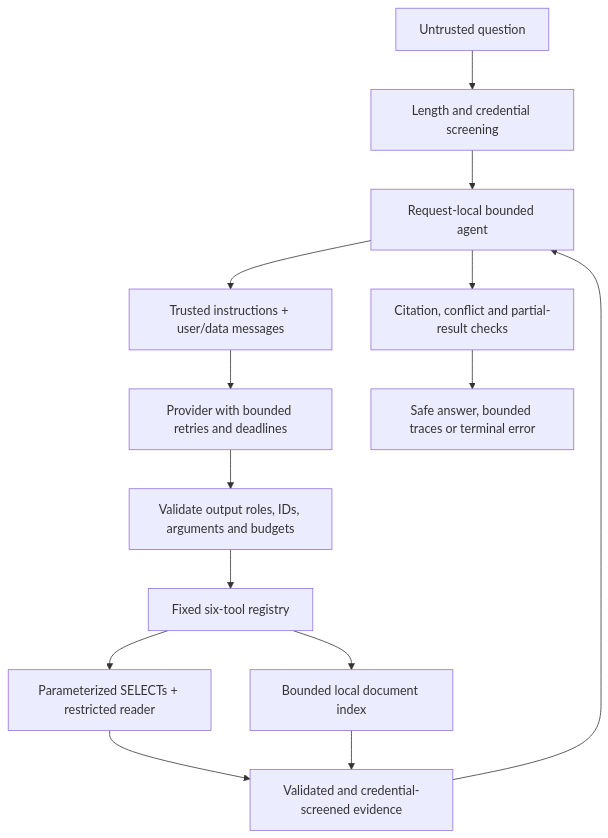
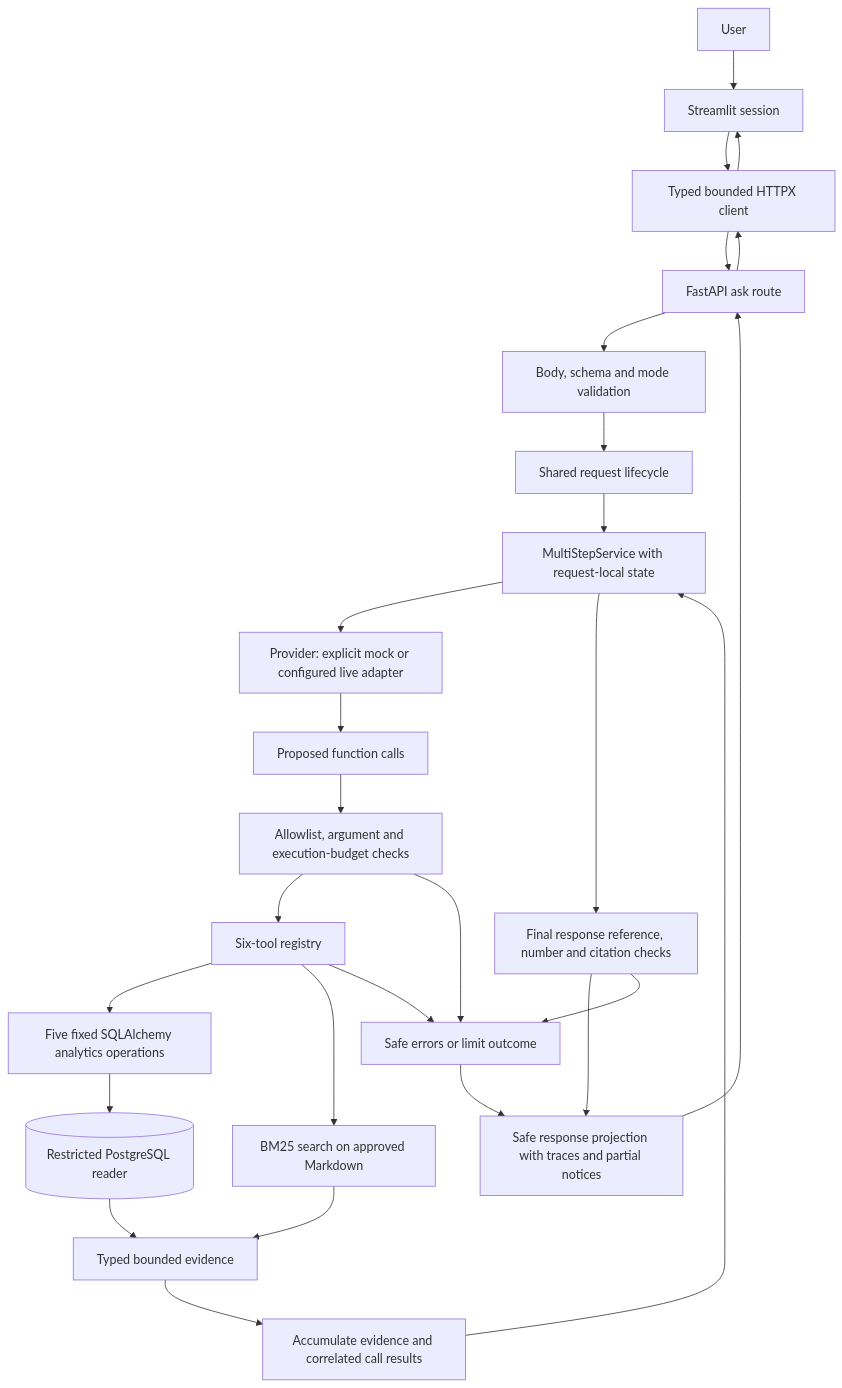
One commit to Srikarpanuganti5/querypilot_ai changed the first of 2 diagrams in docs/architecture.md. Above: the diagram before and after it, drawn with Mermaid. The commit also changed other lines of this file and 2 other files, not shown here.

Commit message:
docs: present QueryPilot architecture and reproducible project setup

````diff
--- a/docs/architecture.md
+++ b/docs/architecture.md
@@ -156,16 +11,29 @@
 ```mermaid
 flowchart TD
-    Q[Untrusted question] --> I[Length and credential screening]
-    I --> A[Request-local bounded agent]
-    A --> P[Trusted instructions + user/data messages]
-    P --> M[Provider with bounded retries and deadlines]
-    M --> V[Validate output roles, IDs, arguments and budgets]
-    V --> R[Fixed six-tool registry]
-    R --> DB[Parameterized SELECTs + restricted reader]
-    R --> D[Bounded local document index]
-    DB --> E[Validated and credential-screened evidence]
-    D --> E
-    E --> A
-    A --> C[Citation, conflict and partial-result checks]
-    C --> O[Safe answer, bounded traces or terminal error]
+    U[User] --> UI[Streamlit session]
+    UI --> HTTP[Typed bounded HTTPX client]
+    HTTP --> API[FastAPI ask route]
+    API --> V[Body, schema and mode validation]
+    V --> S[Shared request lifecycle]
+    S --> A[MultiStepService with request-local state]
+    A --> P[Provider: explicit mock or configured live adapter]
+    P --> CALL[Proposed function calls]
+    CALL --> CHECK[Allowlist, argument and execution-budget checks]
+    CHECK --> REG[Six-tool registry]
+    REG --> SQL[Five fixed SQLAlchemy analytics operations]
+    REG --> DOC[BM25 search on approved Markdown]
+    SQL --> PG[(Restricted PostgreSQL reader)]
+    PG --> EV[Typed bounded evidence]
+    DOC --> EV
+    EV --> STATE[Accumulate evidence and correlated call results]
+    STATE --> A
+    A --> FINAL[Final response reference, number and citation checks]
+    FINAL --> OUT[Safe response projection with traces and partial notices]
+    OUT --> API
+    API --> HTTP
+    HTTP --> UI
+    CHECK --> ERR[Safe errors or limit outcome]
+    REG --> ERR
+    FINAL --> ERR
+    ERR --> OUT
 ```
````
